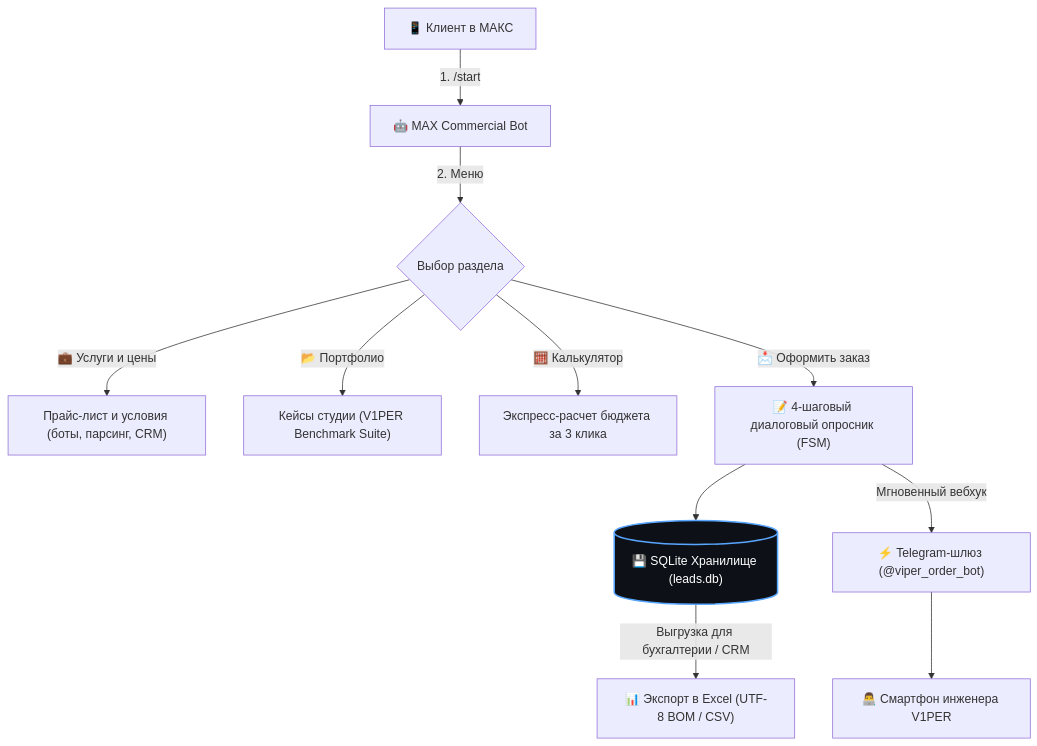
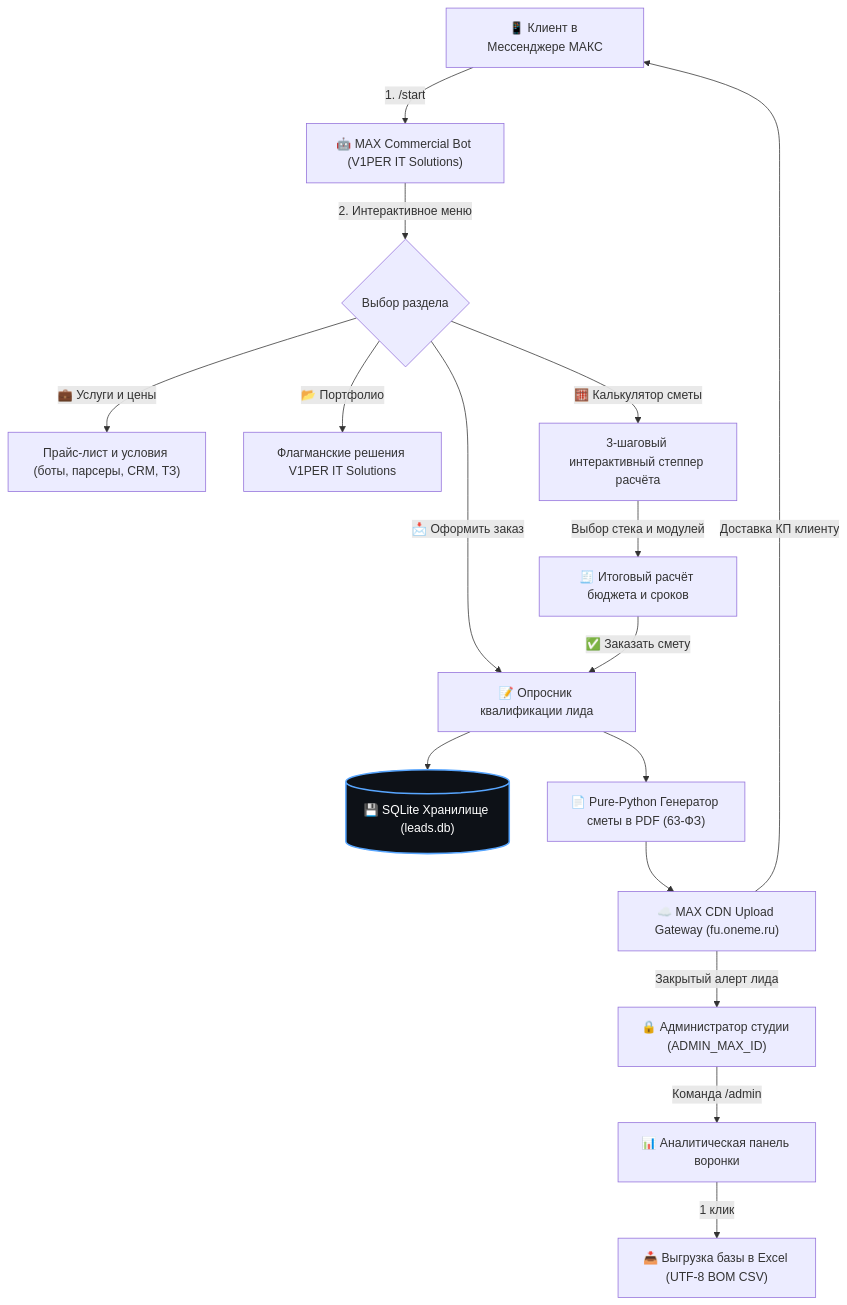
One commit to viper86rus-arch/MAX_Commercial_Bot changed the diagram in README.md. Above: the diagram before and after it, drawn with Mermaid. The commit also changed other lines of this file, not shown here.

Commit message:
docs: rebrand MAX Commercial Bot to V1PER IT Solutions studio and document calculator, PDF 63-FZ generator, and admin panel

````diff
--- a/README.md
+++ b/README.md
@@ -14,18 +18,25 @@
 ```mermaid
 flowchart TD
-    USR["📱 Клиент в МАКС"] -->|1. /start| BOT["🤖 MAX Commercial Bot"]
-    BOT -->|2. Меню| MENU{"Выбор раздела"}
+    USR["📱 Клиент в Мессенджере МАКС"] -->|1. /start| BOT["🤖 MAX Commercial Bot (V1PER IT Solutions)"]
+    BOT -->|2. Интерактивное меню| MENU{"Выбор раздела"}
     
-    MENU -->|💼 Услуги и цены| S1["Прайс-лист и условия (боты, парсинг, CRM)"]
-    MENU -->|📂 Портфолио| S2["Кейсы студии (V1PER Benchmark Suite)"]
-    MENU -->|🧮 Калькулятор| S3["Экспресс-расчет бюджета за 3 клика"]
-    MENU -->|📩 Оформить заказ| FSM["📝 4-шаговый диалоговый опросник (FSM)"]
+    MENU -->|💼 Услуги и цены| S1["Прайс-лист и условия (боты, парсеры, CRM, ТЗ)"]
+    MENU -->|📂 Портфолио| S2["Флагманские решения V1PER IT Solutions"]
+    MENU -->|🧮 Калькулятор сметы| S3["3-шаговый интерактивный степпер расчёта"]
+    MENU -->|📩 Оформить заказ| FSM["📝 Опросник квалификации лида"]
+    
+    S3 -->|Выбор стека и модулей| CALC_RES["🧾 Итоговый расчёт бюджета и сроков"]
+    CALC_RES -->|✅ Заказать смету| FSM
     
     FSM --> DB[("💾 SQLite Хранилище (leads.db)")]:::db
-    FSM -->|Мгновенный вебхук| TG["⚡ Telegram-шлюз (@viper_order_bot)"]
-    TG --> DEV["👨‍💻 Смартфон инженера V1PER"]
+    FSM --> PDF["📄 Pure-Python Генератор сметы в PDF (63-ФЗ)"]
     
-    DB -->|Выгрузка для бухгалтерии / CRM| CSV["📊 Экспорт в Excel (UTF-8 BOM / CSV)"]
+    PDF --> CDN["☁️ MAX CDN Upload Gateway (fu.oneme.ru)"]
+    CDN -->|Доставка КП клиенту| USR
+    CDN -->|Закрытый алерт лида| ADM["🔒 Администратор студии (ADMIN_MAX_ID)"]
+    
+    ADM -->|Команда /admin| ADM_PANEL["📊 Аналитическая панель воронки"]
+    ADM_PANEL -->|1 клик| CSV["📥 Выгрузка базы в Excel (UTF-8 BOM CSV)"]
 
     classDef db fill:#0d1117,stroke:#58a6ff,stroke-width:2px,color:#fff;
 ```
````
